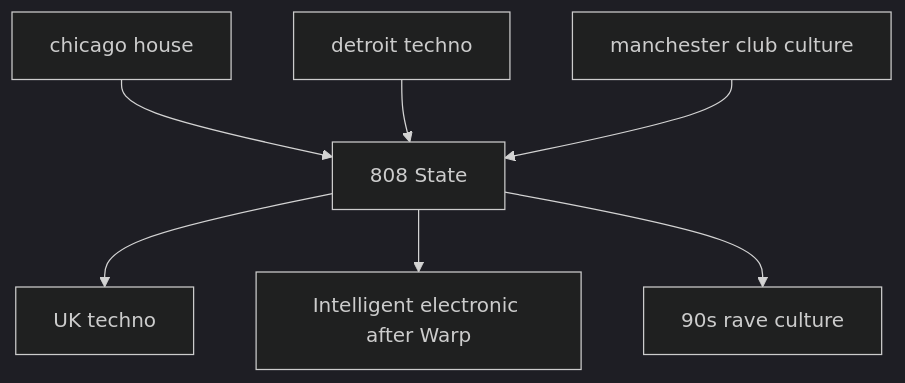
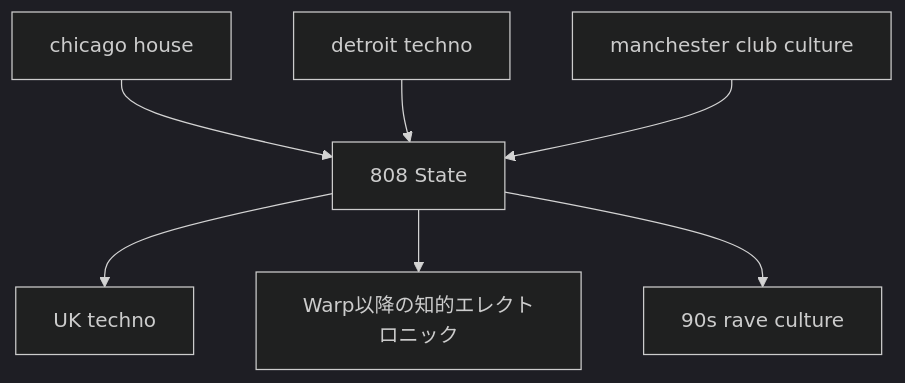
One commit to monumental-movement/monumental-movement.github.io changed the first of 17 diagrams in en/_posts/2026-05-24-column-808-state.md. Above: the diagram before and after it, drawn with Mermaid (dark theme). The commit also changed other lines of this file and 1012 other files, not shown here.

```diff
--- a/en/_posts/2026-05-24-column-808-state.md
+++ b/en/_posts/2026-05-24-column-808-state.md
@@ -49,9 +49,9 @@
 <div class="mermaid">
 graph TD
 A[chicago house] --> D[808 State]
 B[detroit techno] --> D
 C[manchester club culture] --> D
 D --> E[UK techno]
-D --> F[Intelligent electronic after Warp]
+D --> F[Warp以降の知的エレクトロニック]
 D --> G[90s rave culture]
 </div>
```
